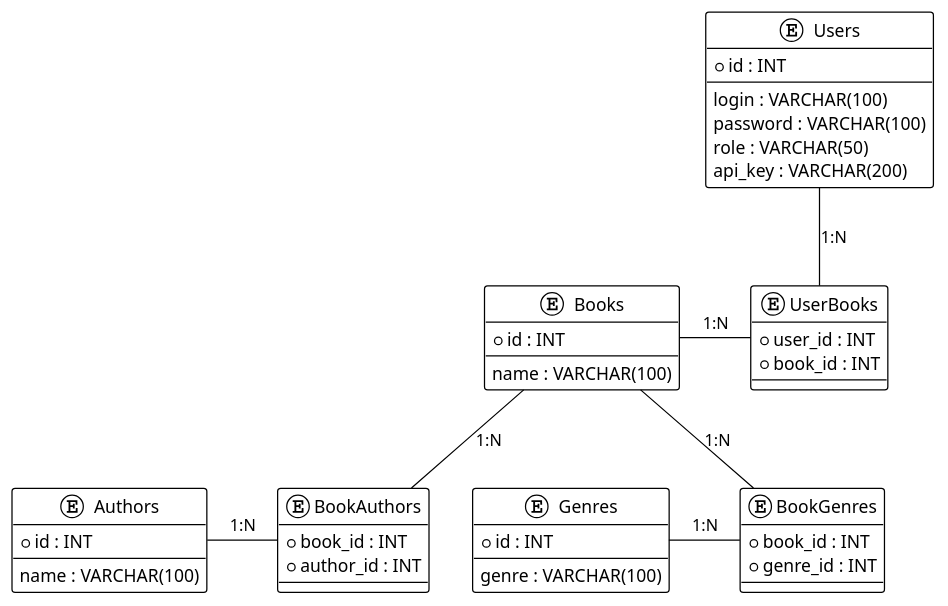
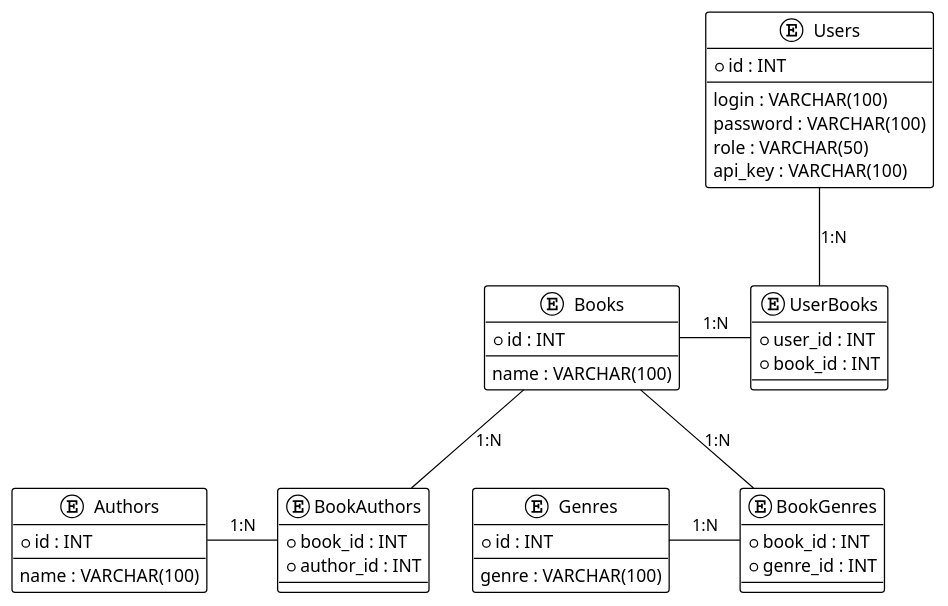
Before and after one commit to idSynth/OnlineLibraryAPI: the diagram in uml/ERDiagram.puml, drawn with PlantUML.

```diff
--- a/uml/ERDiagram.puml
+++ b/uml/ERDiagram.puml
@@ -1,51 +1,51 @@
 @startuml
 !theme plain
 entity "Users" as users {
   + id : INT
   --
   login : VARCHAR(100)
   password : VARCHAR(100)
   role : VARCHAR(50)
-  api_key : VARCHAR(200)
+  api_key : VARCHAR(100)
 }
 
 entity "Books" as books {
   + id : INT
   --
   name : VARCHAR(100)
 }
 
 entity "Authors" as authors {
   + id : INT
   --
   name : VARCHAR(100)
 }
 
 entity "Genres" as genres {
   + id : INT
   --
   genre : VARCHAR(100)
 }
 
 entity "BookAuthors" as bookauthors {
   + book_id : INT
   + author_id : INT
 }
 
 entity "BookGenres" as bookgenres {
   + book_id : INT
   + genre_id : INT
 }
 
 entity "UserBooks" as userbooks {
   + user_id : INT
   + book_id : INT
 }
 
 users -- userbooks : "1:N"
 books - userbooks : "1:N"
 books -- bookauthors : "1:N"
 authors - bookauthors : "1:N"
 books -- bookgenres : "1:N"
 genres - bookgenres : "1:N"
 @enduml
```
